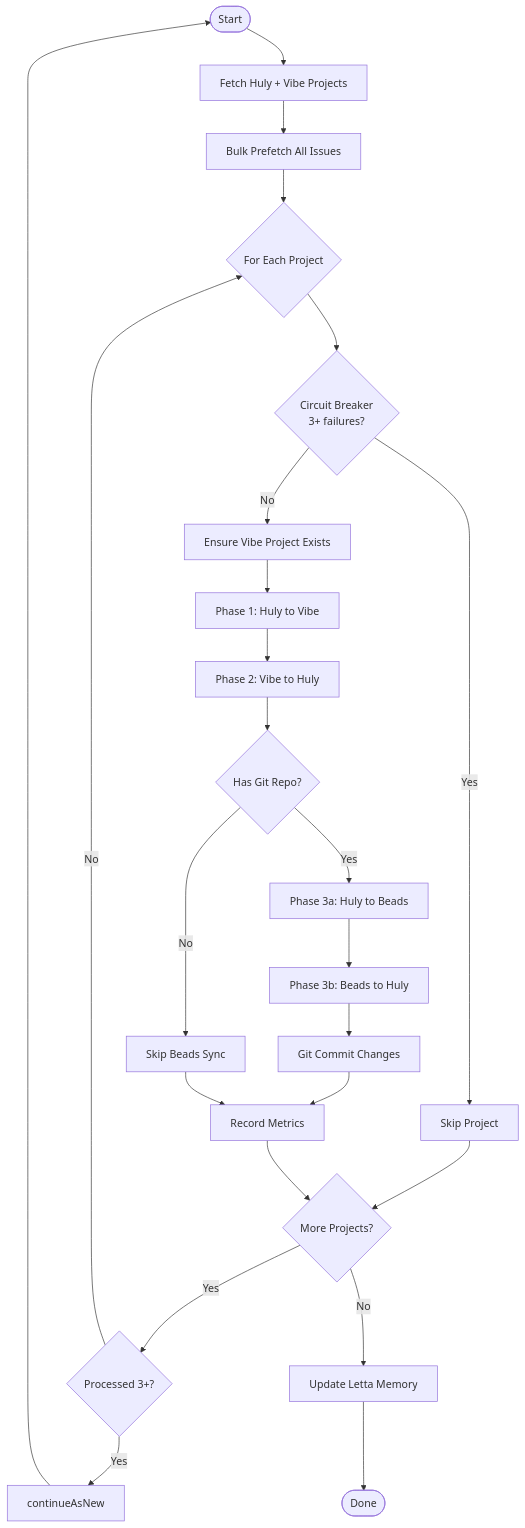
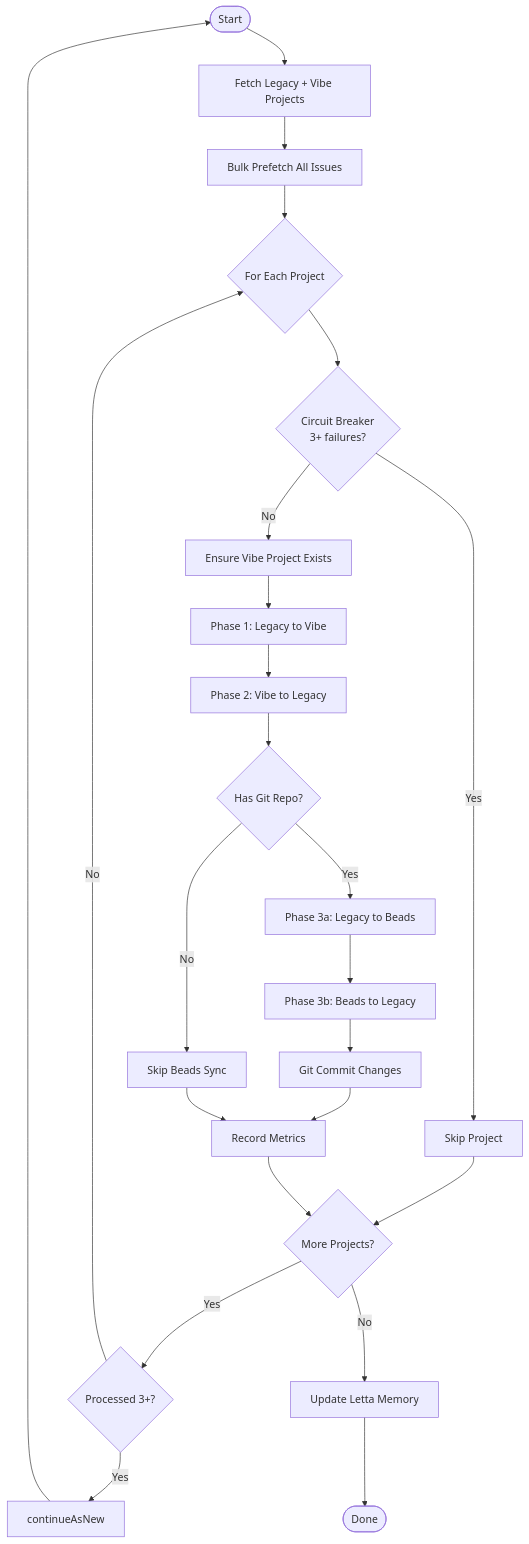
One commit to oculairmedia/huly-vibe-sync changed the second of 6 diagrams in docs/architecture/sync-flow.md. Above: the diagram before and after it, drawn with Mermaid. The commit also changed other lines of this file and 174 other files, not shown here.

````diff
--- a/docs/architecture/sync-flow.md
+++ b/docs/architecture/sync-flow.md
@@ -49,33 +49,33 @@
 ```mermaid
 flowchart TD
-    Start([Start]) --> FetchProjects[Fetch Huly + Vibe Projects]
+    Start([Start]) --> FetchProjects[Fetch Legacy + Vibe Projects]
 
     FetchProjects --> BulkPrefetch[Bulk Prefetch All Issues]
     BulkPrefetch --> Loop{For Each Project}
 
     Loop --> CB{Circuit Breaker\n3+ failures?}
     CB -->|Yes| Skip[Skip Project]
     CB -->|No| EnsureVibe[Ensure Vibe Project Exists]
 
-    EnsureVibe --> Phase1[Phase 1: Huly to Vibe]
-    Phase1 --> Phase2[Phase 2: Vibe to Huly]
+    EnsureVibe --> Phase1[Phase 1: Legacy to Vibe]
+    Phase1 --> Phase2[Phase 2: Vibe to Legacy]
     Phase2 --> HasBeads{Has Git Repo?}
 
-    HasBeads -->|Yes| Phase3a[Phase 3a: Huly to Beads]
-    Phase3a --> Phase3b[Phase 3b: Beads to Huly]
+    HasBeads -->|Yes| Phase3a[Phase 3a: Legacy to Beads]
+    Phase3a --> Phase3b[Phase 3b: Beads to Legacy]
     Phase3b --> Commit[Git Commit Changes]
     HasBeads -->|No| SkipBeads[Skip Beads Sync]
 
     Commit --> RecordMetrics
     SkipBeads --> RecordMetrics[Record Metrics]
     Skip --> NextProject
     RecordMetrics --> NextProject{More Projects?}
 
     NextProject -->|Yes| CheckContinue{Processed 3+?}
     CheckContinue -->|Yes| ContinueAsNew[continueAsNew]
     CheckContinue -->|No| Loop
     NextProject -->|No| UpdateLetta[Update Letta Memory]
 
     UpdateLetta --> Done([Done])
     ContinueAsNew --> Start
 ```
````
